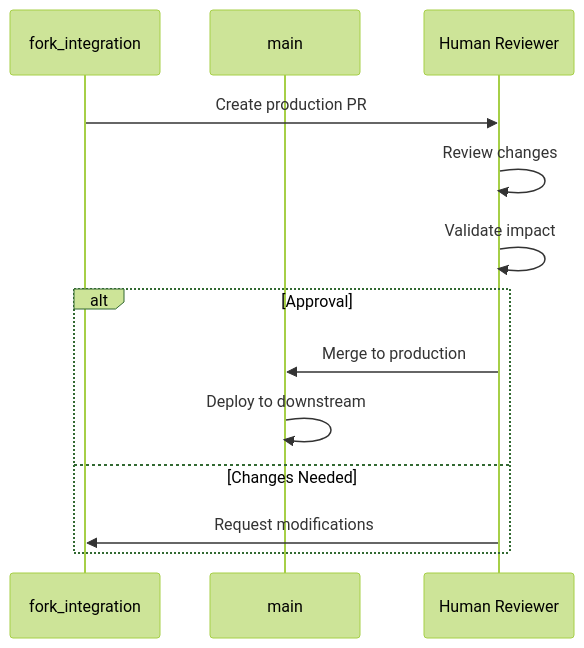
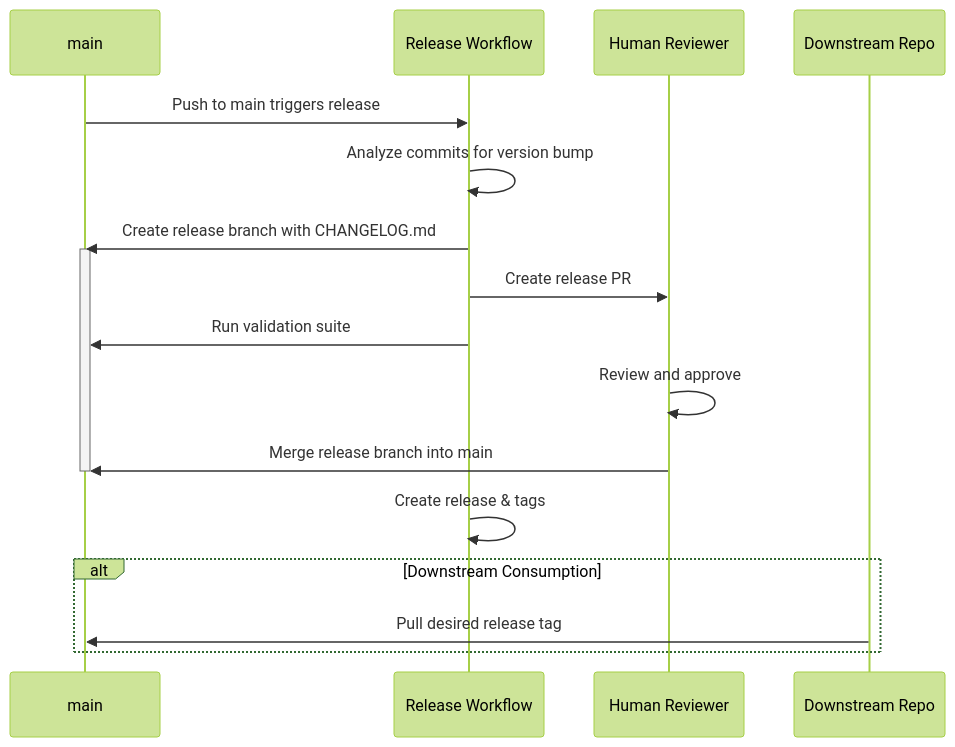
The fourth of 4 diagrams in doc/src/architecture/three_branch_strategy.md (danielscholl-osdu/osdu-fork-template), drawn with Mermaid (forest theme) before and after one commit. The commit also changed other lines of this file, not shown here.

First line of the commit message:
docs: improve three-branch strategy documentation clarity

````diff
--- a/doc/src/architecture/three_branch_strategy.md
+++ b/doc/src/architecture/three_branch_strategy.md
@@ -116,17 +124,22 @@
 ```mermaid
 sequenceDiagram
-    participant FI as fork_integration
     participant M as main
+    participant R as Release Workflow
     participant H as Human Reviewer
+    participant DR as Downstream Repo
     
-    FI->>H: Create production PR
-    H->>H: Review changes
-    H->>H: Validate impact
+    M->>R: Push to main triggers release
+    R->>R: Analyze commits for version bump
+    R->>M: Create release branch with CHANGELOG.md
+    activate M
+    R->>H: Create release PR
+    R->>M: Run validation suite
+    H->>H: Review and approve
+    H->>M: Merge release branch into main
+    deactivate M
+    R->>R: Create release & tags
     
-    alt Approval
-        H->>M: Merge to production
-        M->>M: Deploy to downstream
-    else Changes Needed
-        H->>FI: Request modifications
+    alt Downstream Consumption
+        DR->>M: Pull desired release tag
     end
 ```
````
